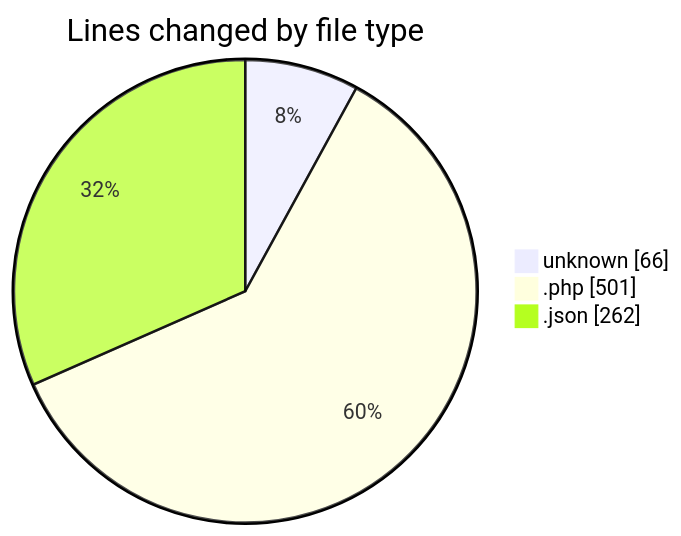
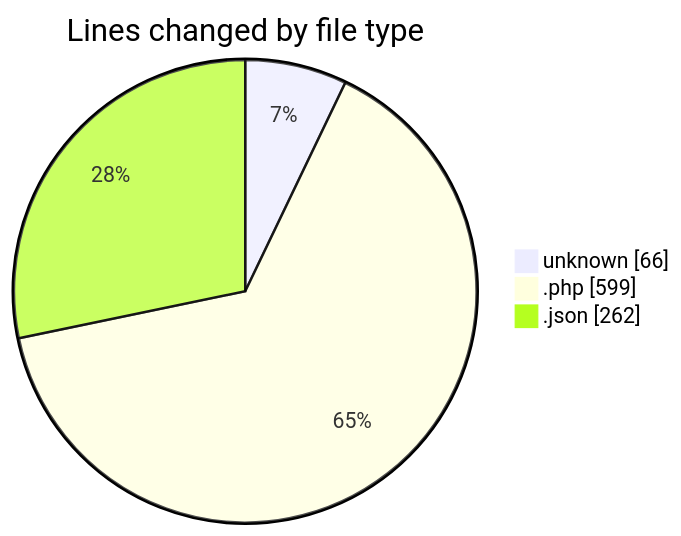
Before and after one commit to idhammustaqopulfikri/code-tracking: the first of 2 diagrams in 2025-11-08/futsal/README.md, drawn with Mermaid. The commit also changed other lines of this file and 1 other file, not shown here.

````diff
--- a/2025-11-08/futsal/README.md
+++ b/2025-11-08/futsal/README.md
@@ -27,7 +31,7 @@
 ```mermaid
 pie showData
 title Lines changed by file type
 "unknown" : 66
-".php" : 501
+".php" : 599
 ".json" : 262
 ```
````
